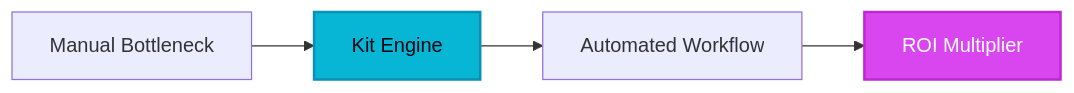
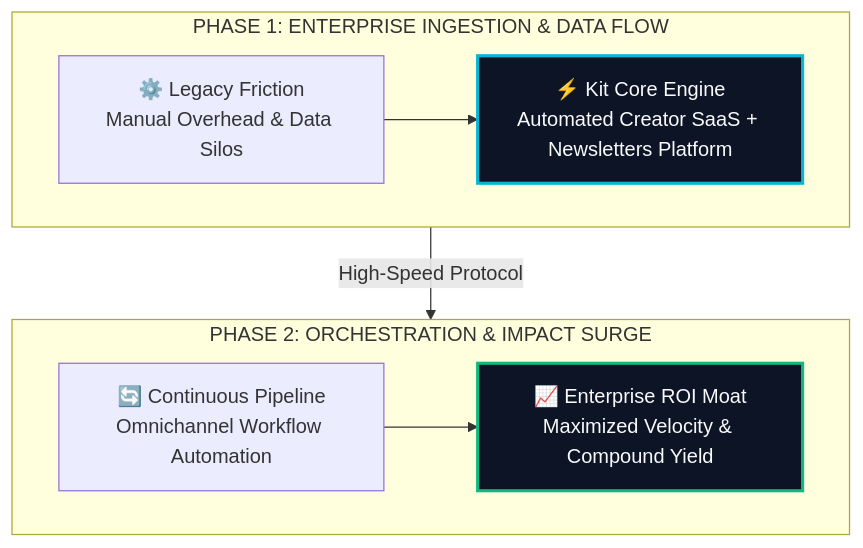
One commit to heliatech-media/saas-radar changed the diagram in site/src/content/blog/kit-evolution-guide-2026.md. Above: the diagram before and after it, drawn with Mermaid. The commit also changed 97 other files, not shown here.

First line of the commit message:
feat(diagrams): upgrade all article architecture schemas to high-impact 2-tier responsive vector blueprints

````diff
--- a/site/src/content/blog/kit-evolution-guide-2026.md
+++ b/site/src/content/blog/kit-evolution-guide-2026.md
@@ -50,8 +50,14 @@
 ```mermaid
-flowchart LR
-    A[Manual Bottleneck] --> B[Kit Engine]
-    B --> C[Automated Workflow]
-    C --> D[ROI Multiplier]
-    style B fill:#06b6d4,stroke:#0891b2,stroke-width:2px,color:#030712
-    style D fill:#d946ef,stroke:#c026d3,stroke-width:2px,color:#ffffff
+flowchart TD
+    subgraph S1["PHASE 1: ENTERPRISE INGESTION & DATA FLOW"]
+        direction LR
+        A["⚙️ Legacy Friction<br/>Manual Overhead & Data Silos"] --> B["⚡ Kit Core Engine<br/>Automated Creator SaaS + Newsletters Platform"]
+    end
+    subgraph S2["PHASE 2: ORCHESTRATION & IMPACT SURGE"]
+        direction LR
+        C["🔄 Continuous Pipeline<br/>Omnichannel Workflow Automation"] --> D["📈 Enterprise ROI Moat<br/>Maximized Velocity & Compound Yield"]
+    end
+    S1 -->|High-Speed Protocol| S2
+    style B fill:#0c1425,stroke:#06b6d4,stroke-width:2.5px,color:#f8fafc
+    style D fill:#0c1425,stroke:#10b981,stroke-width:2.5px,color:#f8fafc
 ```
````
